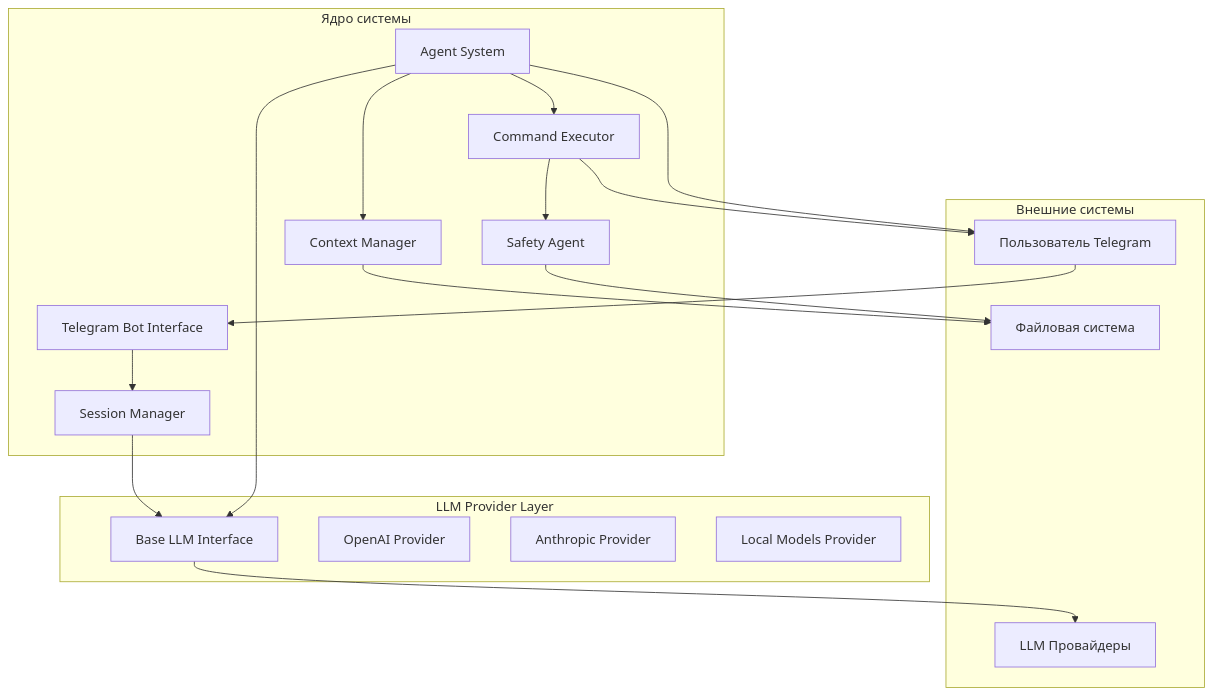
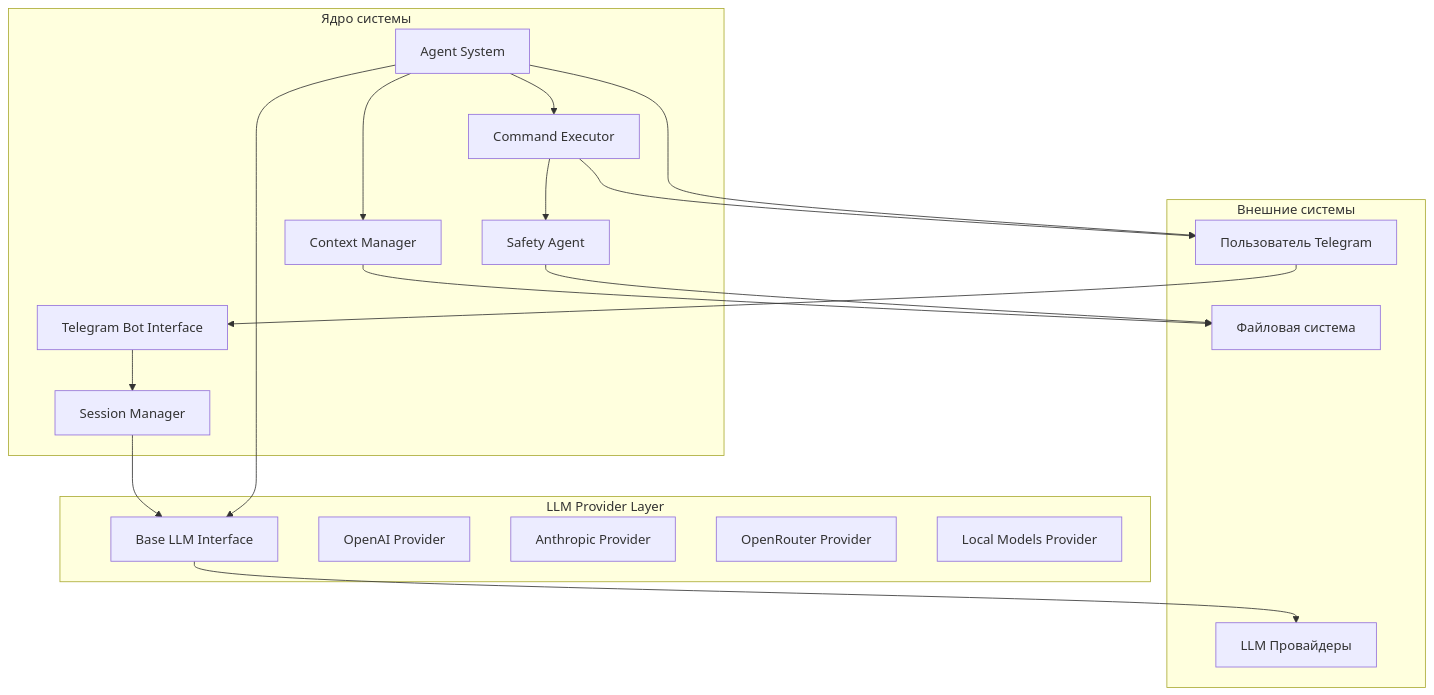
Before and after one commit to brdlb/agents: the first of 2 diagrams in docs/architecture.md, drawn with Mermaid. The commit also changed other lines of this file and 1 other file, not shown here.

First line of the commit message:
docs: add OpenRouter provider documentation

````diff
--- a/docs/architecture.md
+++ b/docs/architecture.md
@@ -9,37 +9,38 @@
 ```mermaid
 flowchart TB
     subgraph External["Внешние системы"]
         User["Пользователь Telegram"]
         LLM_Providers["LLM Провайдеры"]
         FileSystem["Файловая система"]
     end
 
     subgraph Core["Ядро системы"]
         TG["Telegram Bot Interface"]
         SM["Session Manager"]
         CM["Context Manager"]
         AS["Agent System"]
         CE["Command Executor"]
         SA["Safety Agent"]
     end
 
     subgraph LLM_Layer["LLM Provider Layer"]
         LLM_Base["Base LLM Interface"]
         OpenAI["OpenAI Provider"]
         Anthropic["Anthropic Provider"]
+        OpenRouter["OpenRouter Provider"]
         Local["Local Models Provider"]
     end
 
     User --> TG
     TG --> SM
     SM --> LLM_Base
     LLM_Base --> LLM_Providers
     CM --> FileSystem
     AS --> CM
     AS --> LLM_Base
     AS --> CE
     CE --> SA
     SA --> FileSystem
     CE --> User
     AS --> User
 ```
````
